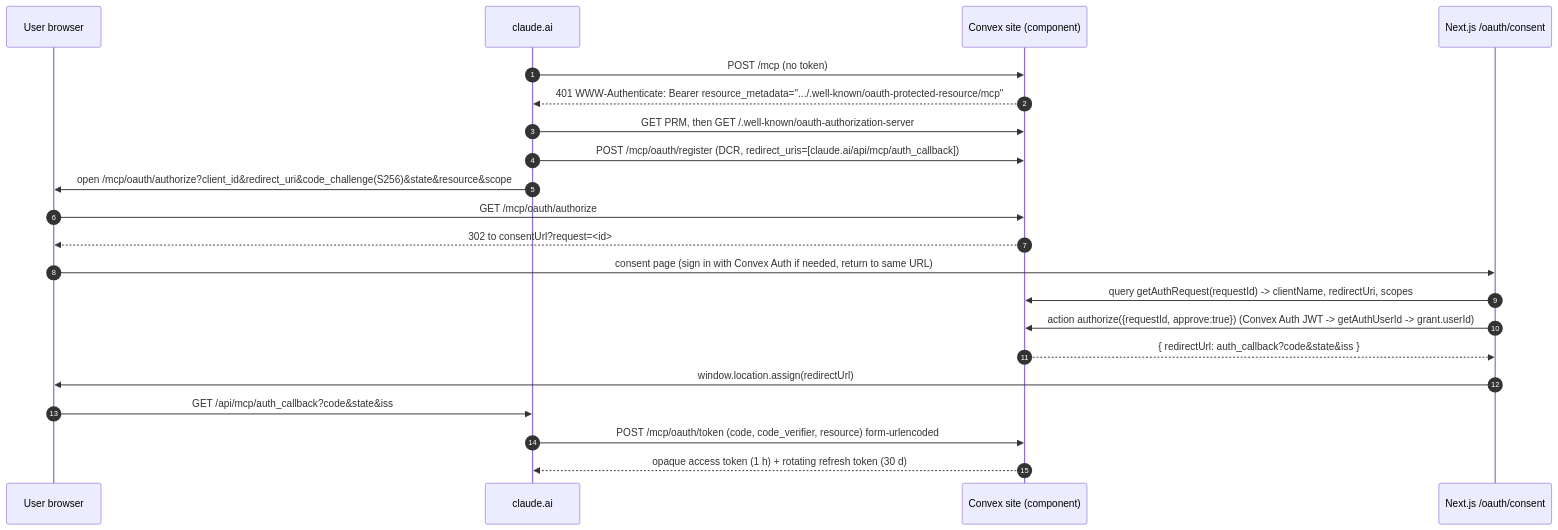
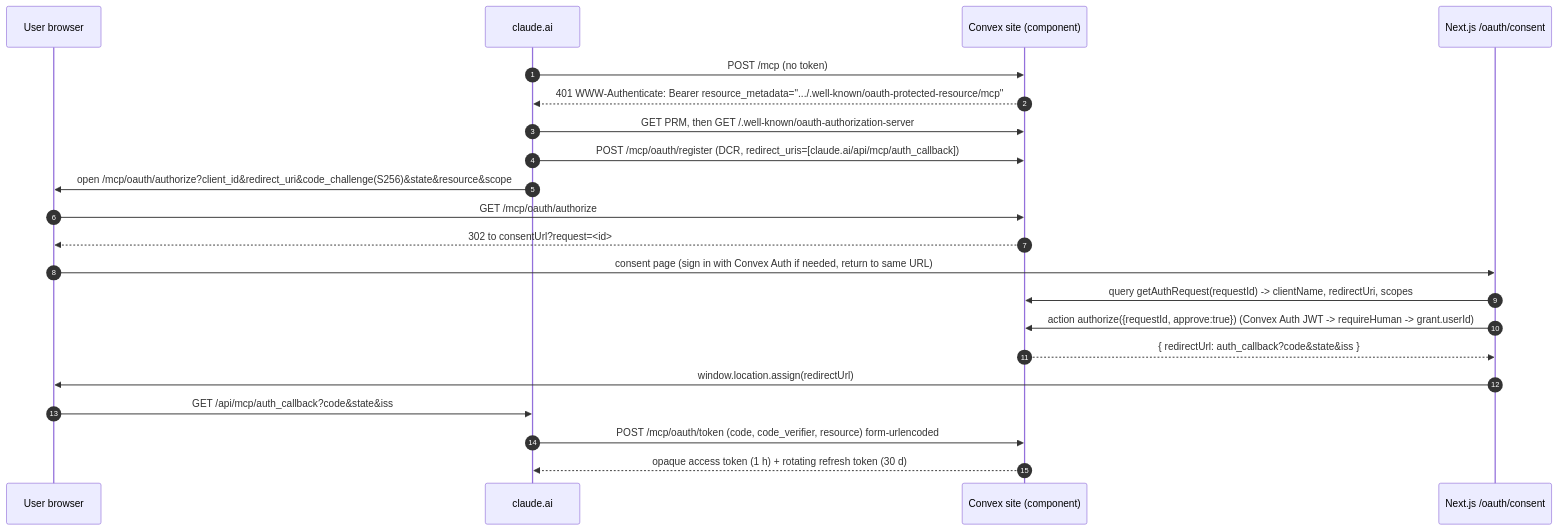
The first of 2 diagrams in docs/mcp-auth-design.md (crbns/tandem), drawn with Mermaid before and after one commit. The commit also changed other lines of this file and 10 other files, not shown here.

````diff
--- a/docs/mcp-auth-design.md
+++ b/docs/mcp-auth-design.md
@@ -47,23 +47,23 @@
 ```mermaid
 sequenceDiagram
   autonumber
   participant U as User browser
   participant C as claude.ai
   participant X as Convex site (component)
   participant W as Next.js /oauth/consent
   C->>X: POST /mcp (no token)
   X-->>C: 401 WWW-Authenticate: Bearer resource_metadata=".../.well-known/oauth-protected-resource/mcp"
   C->>X: GET PRM, then GET /.well-known/oauth-authorization-server
   C->>X: POST /mcp/oauth/register (DCR, redirect_uris=[claude.ai/api/mcp/auth_callback])
   C->>U: open /mcp/oauth/authorize?client_id&redirect_uri&code_challenge(S256)&state&resource&scope
   U->>X: GET /mcp/oauth/authorize
   X-->>U: 302 to consentUrl?request=<id>
   U->>W: consent page (sign in with Convex Auth if needed, return to same URL)
   W->>X: query getAuthRequest(requestId) -> clientName, redirectUri, scopes
-  W->>X: action authorize({requestId, approve:true}) (Convex Auth JWT -> getAuthUserId -> grant.userId)
+  W->>X: action authorize({requestId, approve:true}) (Convex Auth JWT -> requireHuman -> grant.userId)
   X-->>W: { redirectUrl: auth_callback?code&state&iss }
   W->>U: window.location.assign(redirectUrl)
   U->>C: GET /api/mcp/auth_callback?code&state&iss
   C->>X: POST /mcp/oauth/token (code, code_verifier, resource) form-urlencoded
   X-->>C: opaque access token (1 h) + rotating refresh token (30 d)
 ```
````
